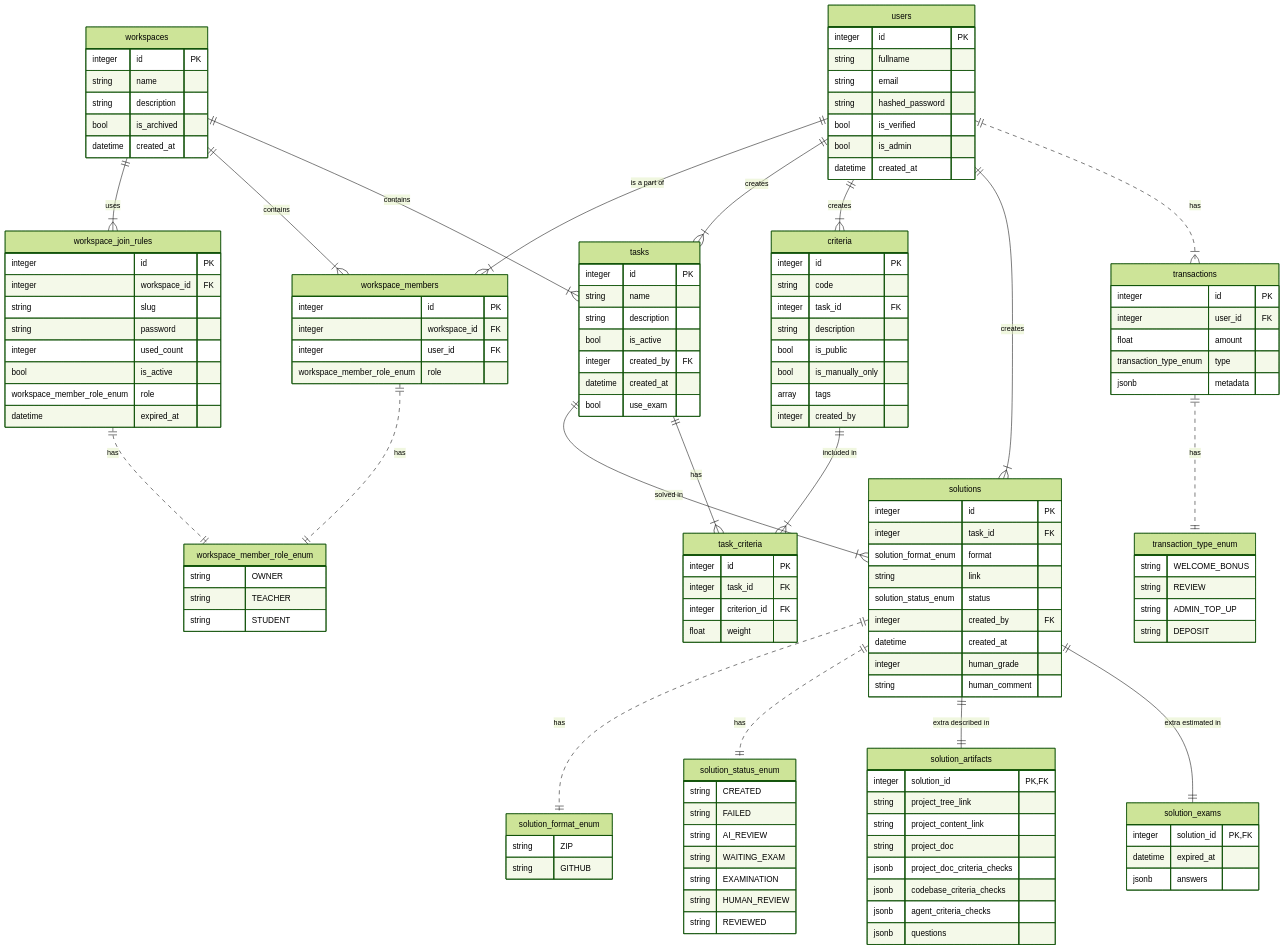
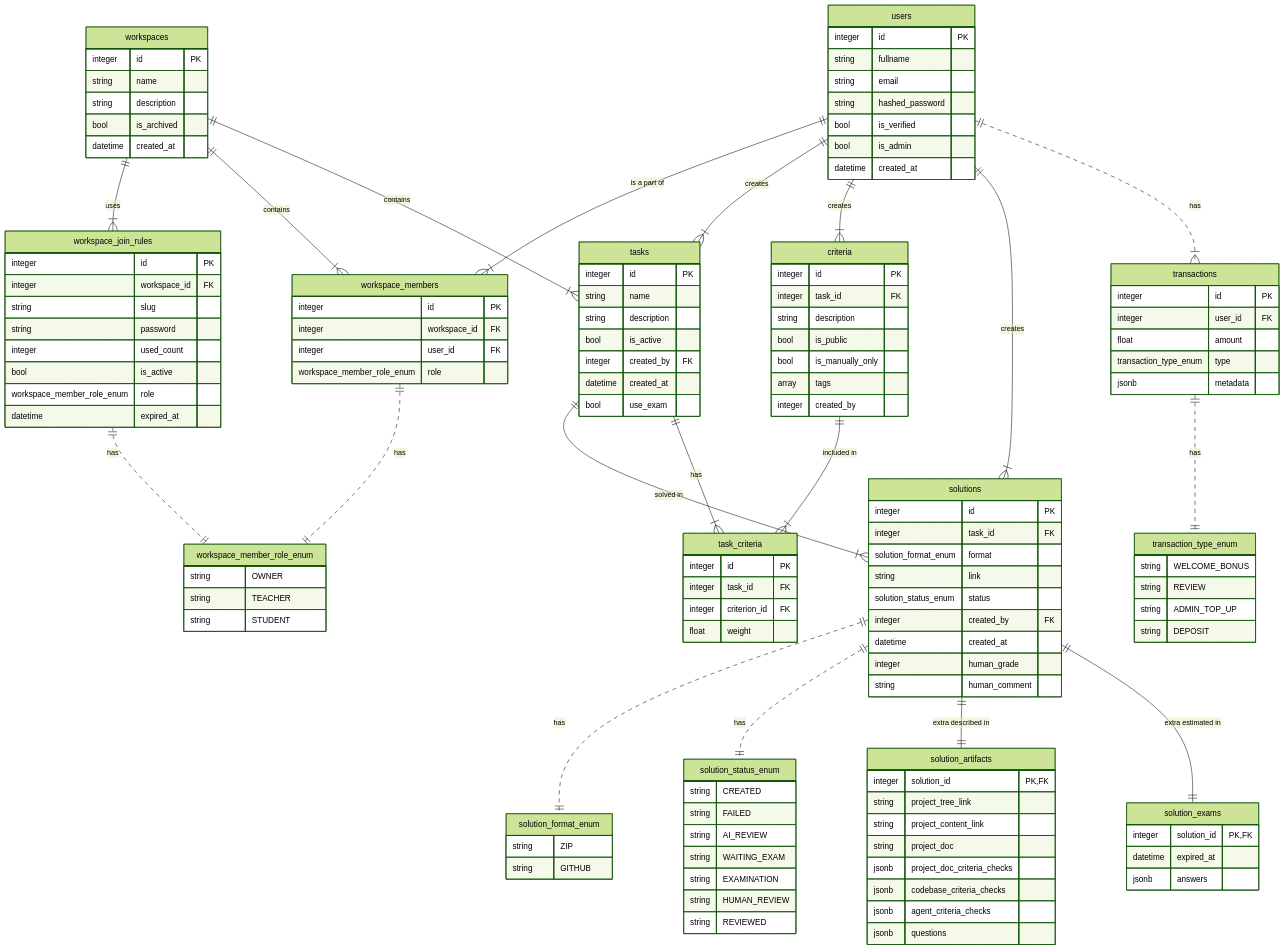
Before and after one commit to Daniil-Solo/AIReviewBackend: the diagram in docs/architecture/data_model.md, drawn with Mermaid (forest theme). The commit also changed 37 other files, not shown here.

```diff
--- a/docs/architecture/data_model.md
+++ b/docs/architecture/data_model.md
@@ -56,7 +56,6 @@
     
     criteria {
         integer id PK
-        string code
         integer task_id FK
         string description
         bool is_public
```
